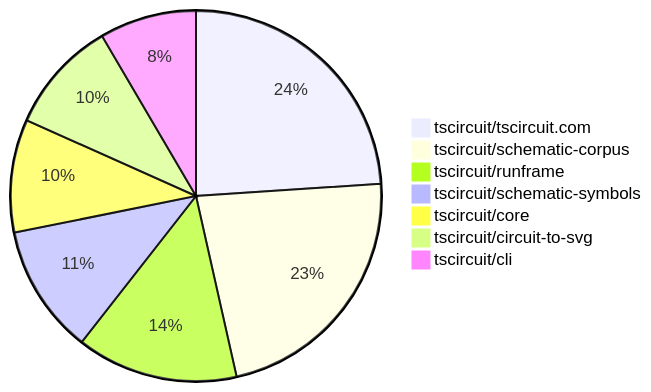
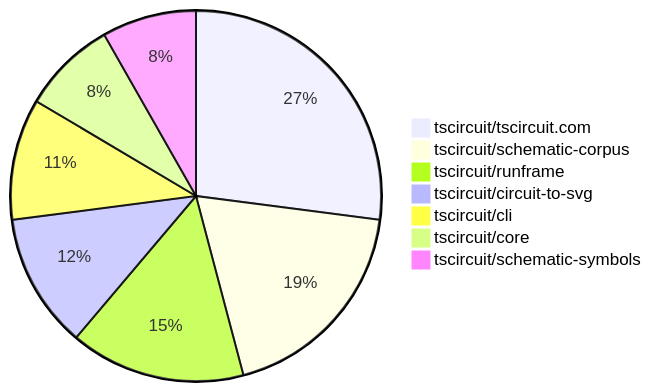
One commit to tscircuit/contribution-tracker changed the second of 2 diagrams in README.md. Above: the diagram before and after it, drawn with Mermaid. The commit also changed other lines of this file and 3 other files, not shown here.

````diff
--- a/README.md
+++ b/README.md
@@ -102,10 +104,10 @@
 ```mermaid
 pie
-    "tscircuit/tscircuit.com" : 17
+    "tscircuit/tscircuit.com" : 23
     "tscircuit/schematic-corpus" : 16
-    "tscircuit/runframe" : 10
-    "tscircuit/schematic-symbols" : 8
+    "tscircuit/runframe" : 13
+    "tscircuit/circuit-to-svg" : 10
+    "tscircuit/cli" : 9
     "tscircuit/core" : 7
-    "tscircuit/circuit-to-svg" : 7
-    "tscircuit/cli" : 6
+    "tscircuit/schematic-symbols" : 7
 ```
````
